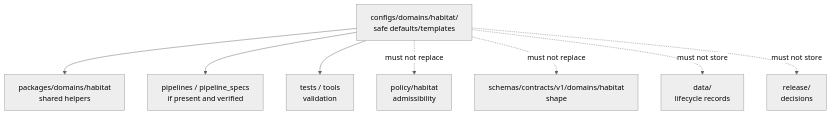
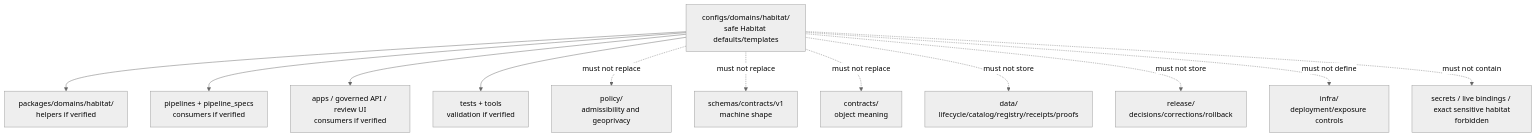
One commit to bartytime4life/Kansas-Frontier-Matrix changed the diagram in configs/domains/habitat/README.md. Above: the diagram before and after it, drawn with Mermaid (neutral theme). The commit also changed other lines of this file, not shown here.

Commit message:
docs: update habitat domain config readme

````diff
--- a/configs/domains/habitat/README.md
+++ b/configs/domains/habitat/README.md
@@ -176,10 +333,15 @@
 ```mermaid
 flowchart TD
-    cfg["configs/domains/habitat/\nsafe defaults/templates"] --> pkg["packages/domains/habitat\nshared helpers"]
-    cfg --> pipe["pipelines / pipeline_specs\nif present and verified"]
-    cfg --> tests["tests / tools\nvalidation"]
-    cfg -. "must not replace" .-> policy["policy/habitat\nadmissibility"]
-    cfg -. "must not replace" .-> schemas["schemas/contracts/v1/domains/habitat\nshape"]
-    cfg -. "must not store" .-> data["data/\nlifecycle records"]
-    cfg -. "must not store" .-> release["release/\ndecisions"]
+    cfg["configs/domains/habitat/<br/>safe Habitat defaults/templates"] --> pkg["packages/domains/habitat/<br/>helpers if verified"]
+    cfg --> pipes["pipelines + pipeline_specs<br/>consumers if verified"]
+    cfg --> apps["apps / governed API / review UI<br/>consumers if verified"]
+    cfg --> tests["tests + tools<br/>validation if verified"]
+
+    cfg -. "must not replace" .-> policy["policy/<br/>admissibility and geoprivacy"]
+    cfg -. "must not replace" .-> schemas["schemas/contracts/v1<br/>machine shape"]
+    cfg -. "must not replace" .-> contracts["contracts/<br/>object meaning"]
+    cfg -. "must not store" .-> data["data/<br/>lifecycle/catalog/registry/receipts/proofs"]
+    cfg -. "must not store" .-> release["release/<br/>decisions/corrections/rollback"]
+    cfg -. "must not define" .-> infra["infra/<br/>deployment/exposure controls"]
+    cfg -. "must not contain" .-> secrets["secrets / live bindings / exact sensitive habitat<br/>forbidden"]
 ```
````
